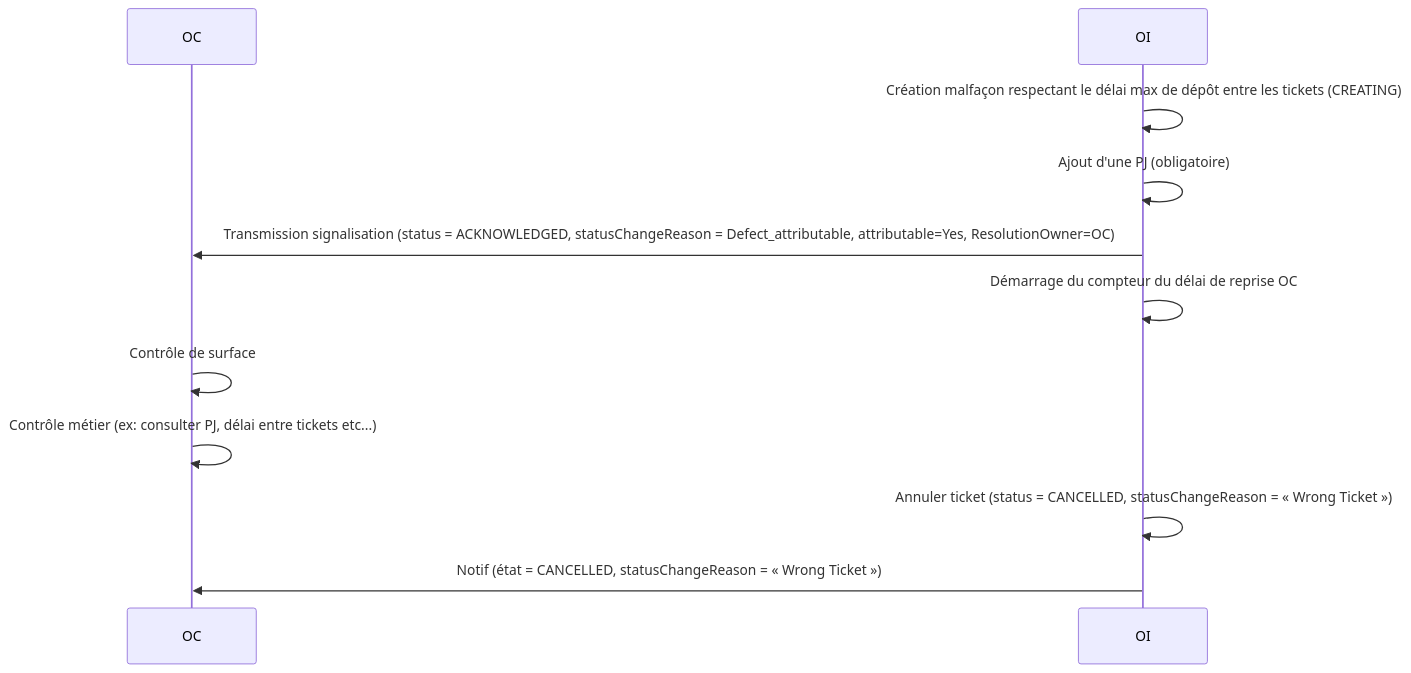
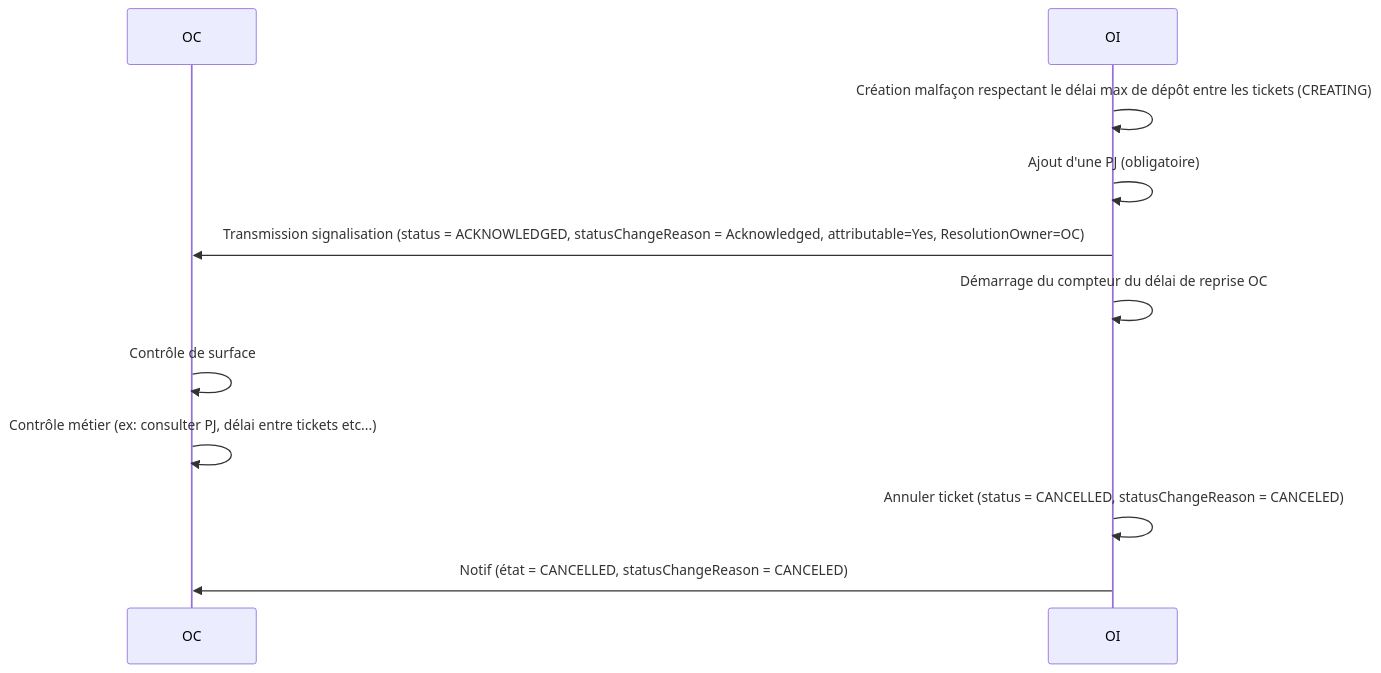
The ninth of 12 diagrams in README.md (before-interop/malfacon), drawn with Mermaid before and after one commit. The commit also changed other lines of this file, not shown here.

````diff
--- a/README.md
+++ b/README.md
@@ -569,15 +569,15 @@
 ```mermaid
 sequenceDiagram
 
   participant OC
   participant OI
 
   OI->>OI: Création malfaçon respectant le délai max de dépôt entre les tickets (CREATING)
   OI->>OI: Ajout d'une PJ (obligatoire)
-  OI->>OC: Transmission signalisation (status = ACKNOWLEDGED, statusChangeReason = Defect_attributable, attributable=Yes, ResolutionOwner=OC)
+  OI->>OC: Transmission signalisation (status = ACKNOWLEDGED, statusChangeReason = Acknowledged, attributable=Yes, ResolutionOwner=OC)
   OI->>OI: Démarrage du compteur du délai de reprise OC
   OC->>OC: Contrôle de surface
   OC->>OC: Contrôle métier (ex: consulter PJ, délai entre tickets etc...)
-  OI->>OI: Annuler ticket (status = CANCELLED, statusChangeReason = « Wrong Ticket »)
-  OI->>OC: Notif (état = CANCELLED, statusChangeReason = « Wrong Ticket »)
+  OI->>OI: Annuler ticket (status = CANCELLED, statusChangeReason = CANCELED)
+  OI->>OC: Notif (état = CANCELLED, statusChangeReason = CANCELED)
 ```
````
